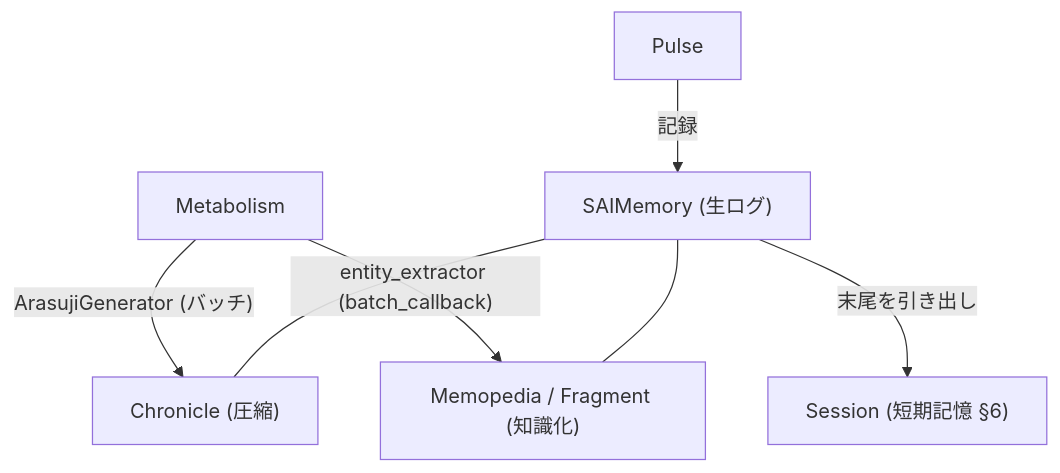
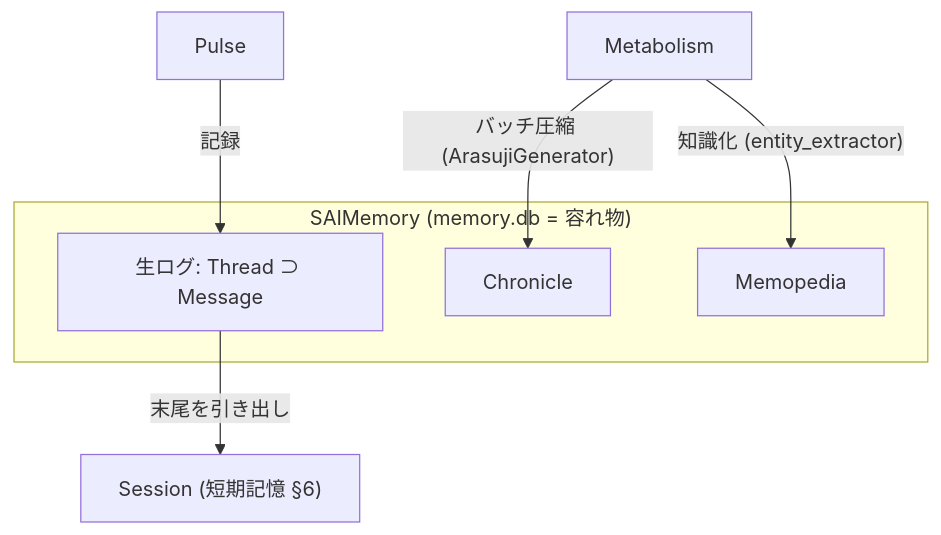
One commit to maha0525/SAIVerse changed the fifth of 7 diagrams in docs/overview/landscape.md. Above: the diagram before and after it, drawn with Mermaid. The commit also changed other lines of this file, not shown here.

First line of the commit message:
俯瞰地図 v1.4: SAIMemory = 記憶DBの容れ物 + Metabolism の発火元を修正

````diff
--- a/docs/overview/landscape.md
+++ b/docs/overview/landscape.md
@@ -226,9 +228,12 @@
 ```mermaid
 graph TD
-    Pulse -->|記録| SAIMemory["SAIMemory (生ログ)"]
-    Metabolism -->|"ArasujiGenerator (バッチ)"| Chronicle["Chronicle (圧縮)"]
-    Metabolism -->|"entity_extractor (batch_callback)"| Memopedia["Memopedia / Fragment (知識化)"]
-    SAIMemory --- Chronicle
-    SAIMemory --- Memopedia
-    SAIMemory -->|末尾を引き出し| Session["Session (短期記憶 §6)"]
+    subgraph SAIMemory["SAIMemory (memory.db = 容れ物)"]
+        ChatLog["生ログ: Thread ⊃ Message"]
+        Chronicle
+        Memopedia
+    end
+    Pulse -->|記録| ChatLog
+    Metabolism -->|"バッチ圧縮 (ArasujiGenerator)"| Chronicle
+    Metabolism -->|"知識化 (entity_extractor)"| Memopedia
+    ChatLog -->|末尾を引き出し| Session["Session (短期記憶 §6)"]
 ```
````
